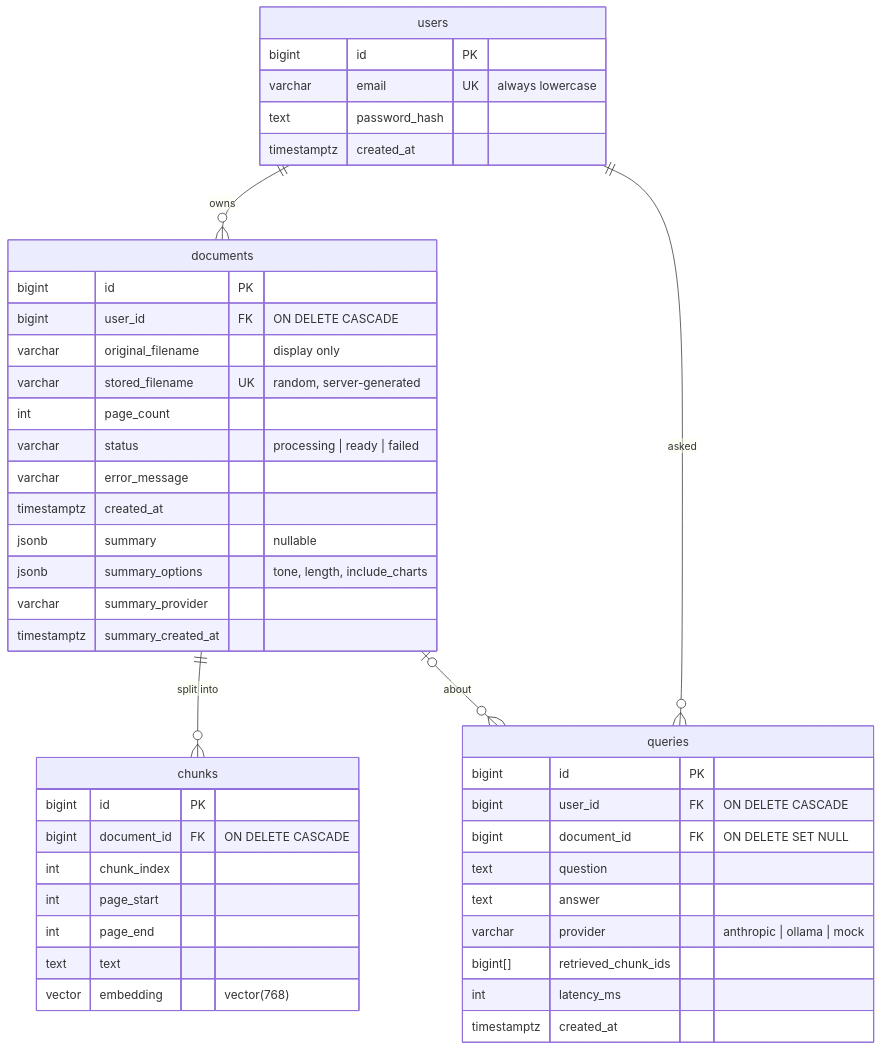
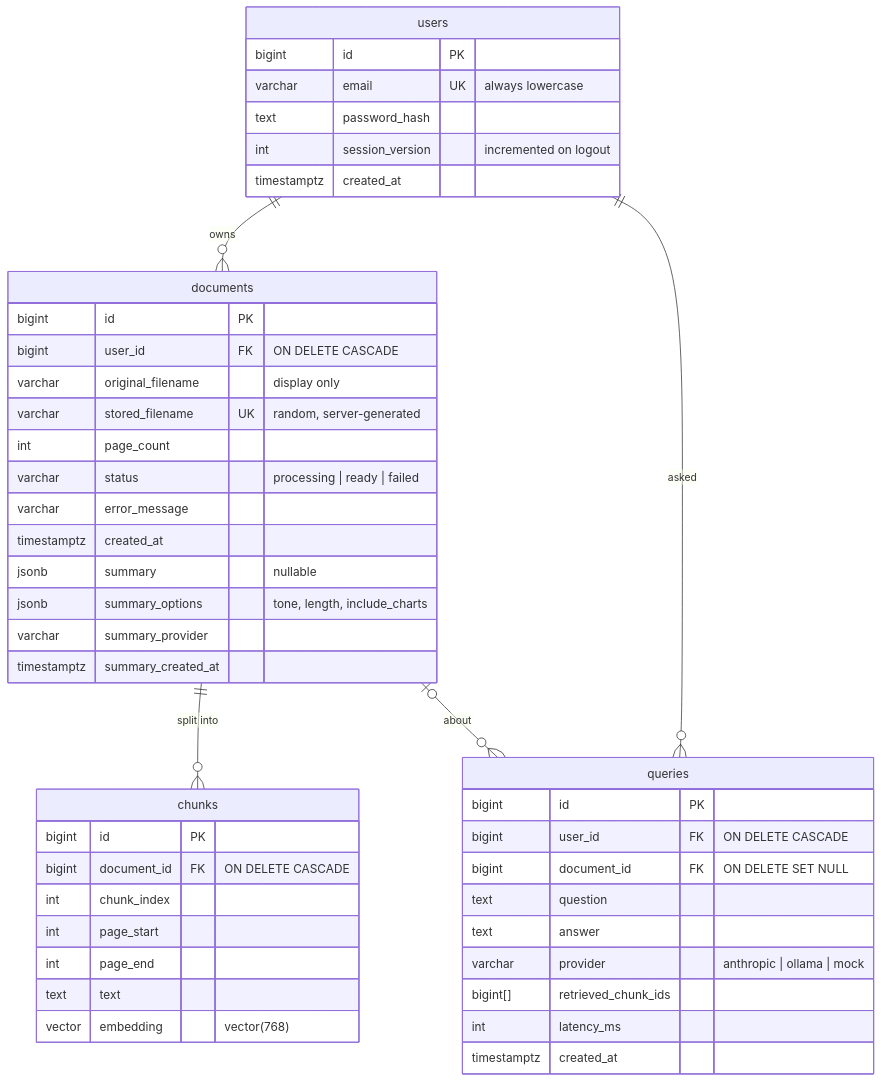
The fourth of 4 diagrams in README.md (izzulhbz/PDFLens), drawn with Mermaid before and after one commit. The commit also changed other lines of this file and 21 other files, not shown here.

````diff
--- a/README.md
+++ b/README.md
@@ -730,39 +832,40 @@
 ```mermaid
 erDiagram
     users ||--o{ documents : owns
     users ||--o{ queries : asked
     documents ||--o{ chunks : "split into"
     documents |o--o{ queries : about
     users { bigint id PK
             varchar email UK "always lowercase"
             text password_hash
+            int session_version "incremented on logout"
             timestamptz created_at }
     documents { bigint id PK
                 bigint user_id FK "ON DELETE CASCADE"
                 varchar original_filename "display only"
                 varchar stored_filename UK "random, server-generated"
                 int page_count
                 varchar status "processing | ready | failed"
                 varchar error_message
                 timestamptz created_at
                 jsonb summary "nullable"
                 jsonb summary_options "tone, length, include_charts"
                 varchar summary_provider
                 timestamptz summary_created_at }
     chunks { bigint id PK
              bigint document_id FK "ON DELETE CASCADE"
              int chunk_index
              int page_start
              int page_end
              text text
              vector embedding "vector(768)" }
     queries { bigint id PK
               bigint user_id FK "ON DELETE CASCADE"
               bigint document_id FK "ON DELETE SET NULL"
               text question
               text answer
               varchar provider "anthropic | ollama | mock"
               bigint[] retrieved_chunk_ids
               int latency_ms
               timestamptz created_at }
 ```
````
